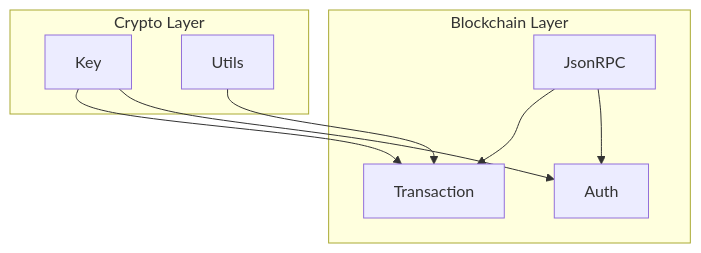
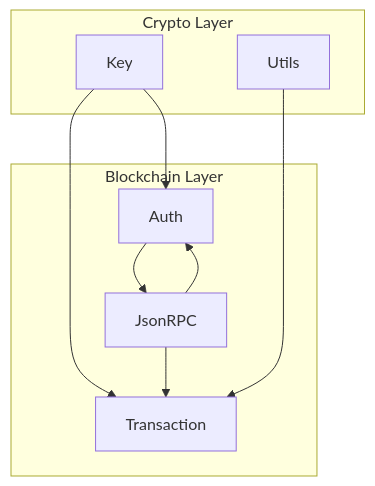
Before and after one commit to VIZ-Blockchain/viz-php-lib: the second of 3 diagrams in .qoder/repowiki/en/content/API Reference/API Reference.md, drawn with Mermaid. The commit also changed other lines of this file and 9 other files, not shown here.

````diff
--- a/.qoder/repowiki/en/content/API Reference/API Reference.md
+++ b/.qoder/repowiki/en/content/API Reference/API Reference.md
@@ -87,17 +111,18 @@
 ```mermaid
 graph TB
 subgraph "Crypto Layer"
 K["Key"]
 U["Utils"]
 end
 subgraph "Blockchain Layer"
 T["Transaction"]
 R["JsonRPC"]
 A["Auth"]
 end
 K --> T
 U --> T
 R --> T
 R --> A
 K --> A
+A --> R
 ```
````
